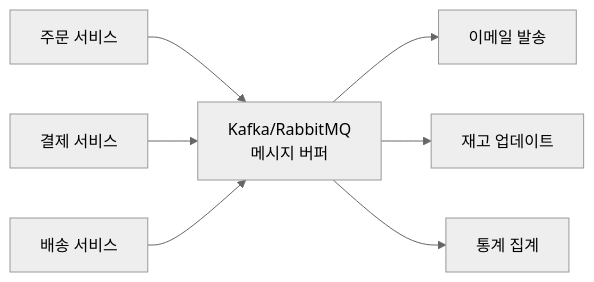
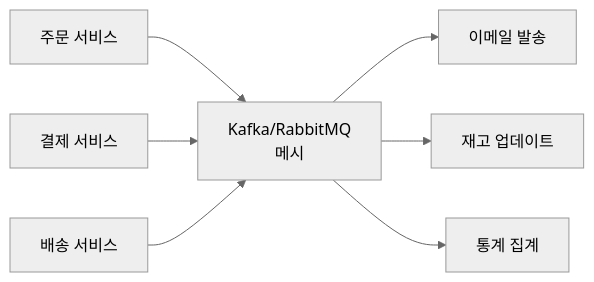
Diagram 13 of 17 in _posts/systemdesign/2026-05-02-system-design-fundamentals.md (yjkim2015/yjkim2015.github.io), drawn with Mermaid (neutral theme) before and after one commit. The commit also changed other lines of this file and 271 other files, not shown here.

First line of the commit message:
Mermaid 라벨 축소: 긴 노드 텍스트 18자 이하로 트림 + \n 제거

````diff
--- a/_posts/systemdesign/2026-05-02-system-design-fundamentals.md
+++ b/_posts/systemdesign/2026-05-02-system-design-fundamentals.md
@@ -470,9 +470,9 @@
 ```mermaid
 graph LR
-    P1["주문 서비스"] --> MQ["Kafka/RabbitMQ\n메시지 버퍼"]
+    P1["주문 서비스"] --> MQ["Kafka/RabbitMQ\n메시"]
     P2["결제 서비스"] --> MQ
     P3["배송 서비스"] --> MQ
     MQ --> C1["이메일 발송"]
     MQ --> C2["재고 업데이트"]
     MQ --> C3["통계 집계"]
 ```
````
